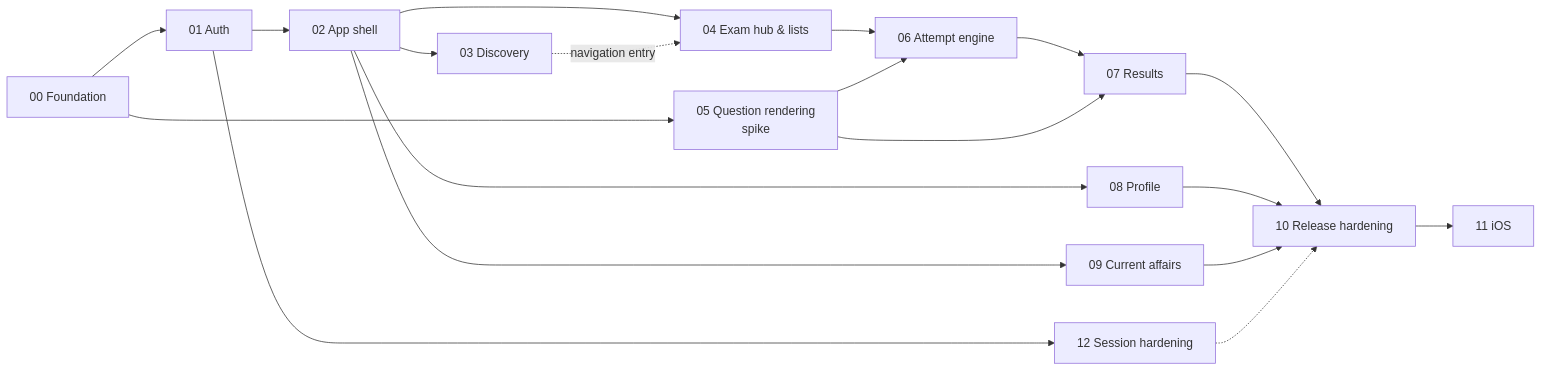
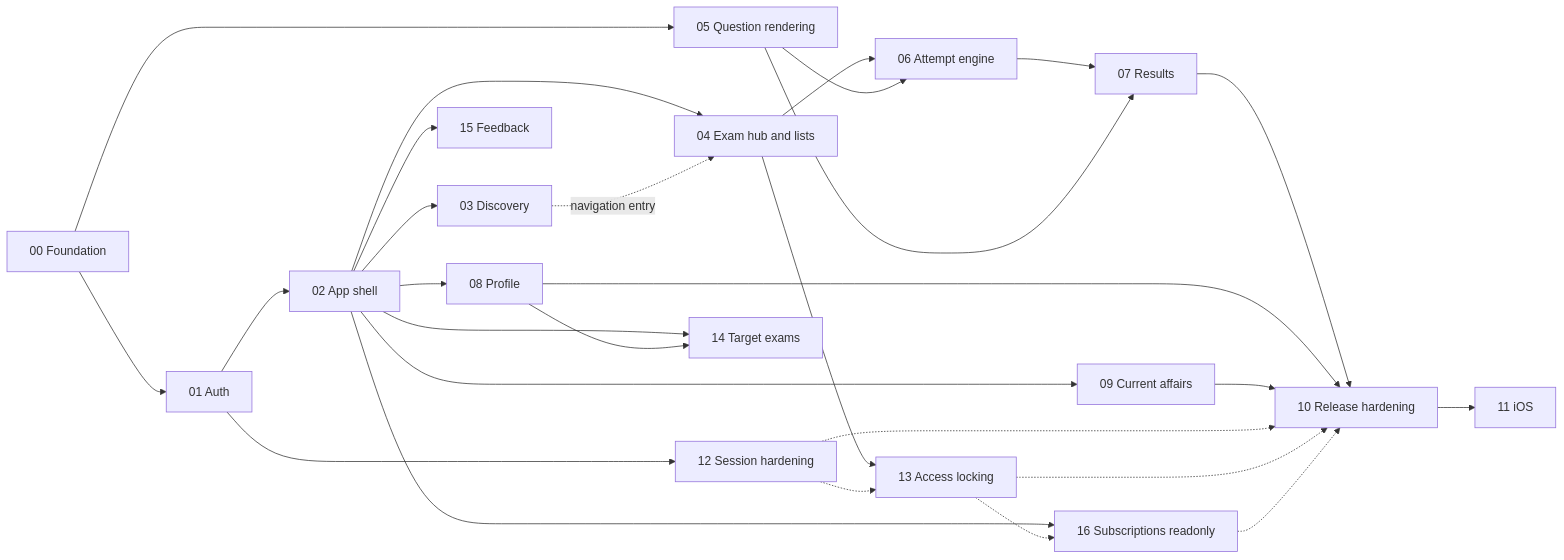
The diagram in docs/mobile-migration/phases/README.md (Nipun-101/ezprep-app), drawn with Mermaid before and after one commit. The commit also changed other lines of this file and 8 other files, not shown here.

````diff
--- a/docs/mobile-migration/phases/README.md
+++ b/docs/mobile-migration/phases/README.md
@@ -36,21 +40,30 @@
 ```mermaid
 flowchart LR
   P00[00 Foundation] --> P01[01 Auth]
   P01 --> P02[02 App shell]
   P02 --> P03[03 Discovery]
-  P02 --> P04[04 Exam hub & lists]
+  P02 --> P04[04 Exam hub and lists]
   P03 -. navigation entry .-> P04
-  P00 --> P05[05 Question rendering<br/>spike]
+  P00 --> P05[05 Question rendering]
   P04 --> P06[06 Attempt engine]
   P05 --> P06
   P06 --> P07[07 Results]
   P05 --> P07
   P02 --> P08[08 Profile]
   P02 --> P09[09 Current affairs]
   P07 --> P10[10 Release hardening]
   P08 --> P10
   P09 --> P10
   P10 --> P11[11 iOS]
   P01 --> P12[12 Session hardening]
+  P04 --> P13[13 Access locking]
+  P12 -.-> P13
+  P02 --> P14[14 Target exams]
+  P08 --> P14
+  P02 --> P15[15 Feedback]
+  P02 --> P16[16 Subscriptions readonly]
+  P13 -.-> P16
   P12 -.-> P10
+  P13 -.-> P10
+  P16 -.-> P10
 ```
````
